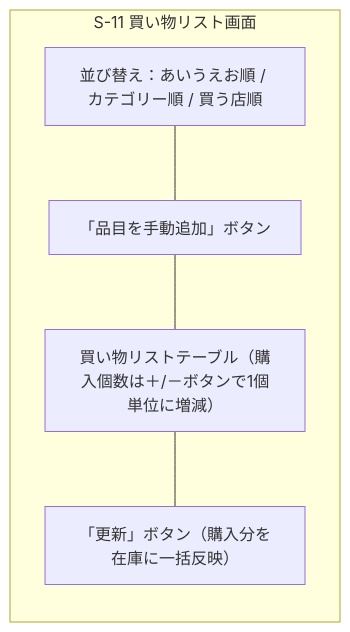
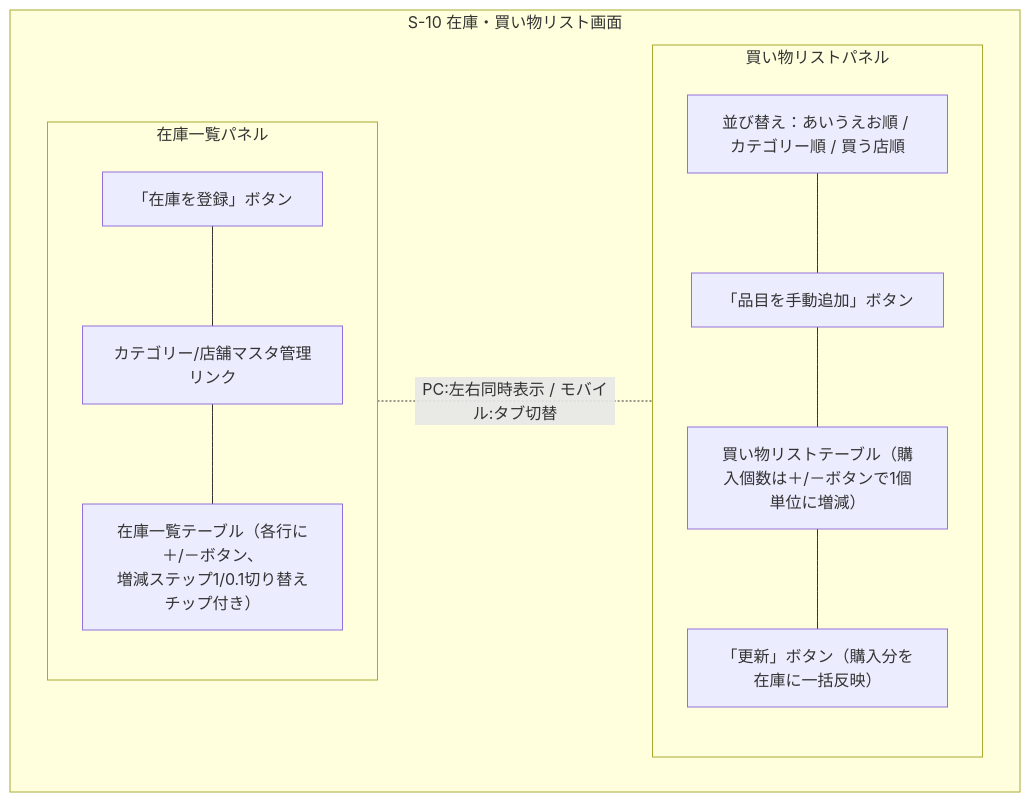
One commit to yamamotonaoki3/HomeLog changed the tenth of 17 diagrams in docs/details/wireframes.md. Above: the diagram before and after it, drawn with Mermaid. The commit also changed other lines of this file and 8 other files, not shown here.

````diff
--- a/docs/details/wireframes.md
+++ b/docs/details/wireframes.md
@@ -419,11 +399,22 @@
 ```mermaid
 flowchart TD
-    subgraph Screen["S-11 買い物リスト画面"]
-        direction TB
-        Sort["並び替え：あいうえお順 / カテゴリー順 / 買う店順"]
-        AddBtn["「品目を手動追加」ボタン"]
-        List["買い物リストテーブル（購入個数は＋/－ボタンで1個単位に増減）"]
-        UpdateBtn["「更新」ボタン（購入分を在庫に一括反映）"]
+    subgraph Screen["S-10 在庫・買い物リスト画面"]
+        direction LR
+        subgraph InventoryPanel["在庫一覧パネル"]
+            direction TB
+            AddBtn["「在庫を登録」ボタン"]
+            MasterLink["カテゴリー/店舗マスタ管理リンク"]
+            InvList["在庫一覧テーブル（各行に＋/－ボタン、\n増減ステップ1/0.1切り替えチップ付き）"]
+        end
+        subgraph ShoppingPanel["買い物リストパネル"]
+            direction TB
+            Sort["並び替え：あいうえお順 / カテゴリー順 / 買う店順"]
+            ShopAddBtn["「品目を手動追加」ボタン"]
+            ShopList["買い物リストテーブル（購入個数は＋/－ボタンで1個単位に増減）"]
+            UpdateBtn["「更新」ボタン（購入分を在庫に一括反映）"]
+        end
     end
-    Sort --- AddBtn --- List --- UpdateBtn
+    AddBtn --- MasterLink --- InvList
+    Sort --- ShopAddBtn --- ShopList --- UpdateBtn
+    InvList -. "PC:左右同時表示 / モバイル:タブ切替" .- ShopList
 ```
````
